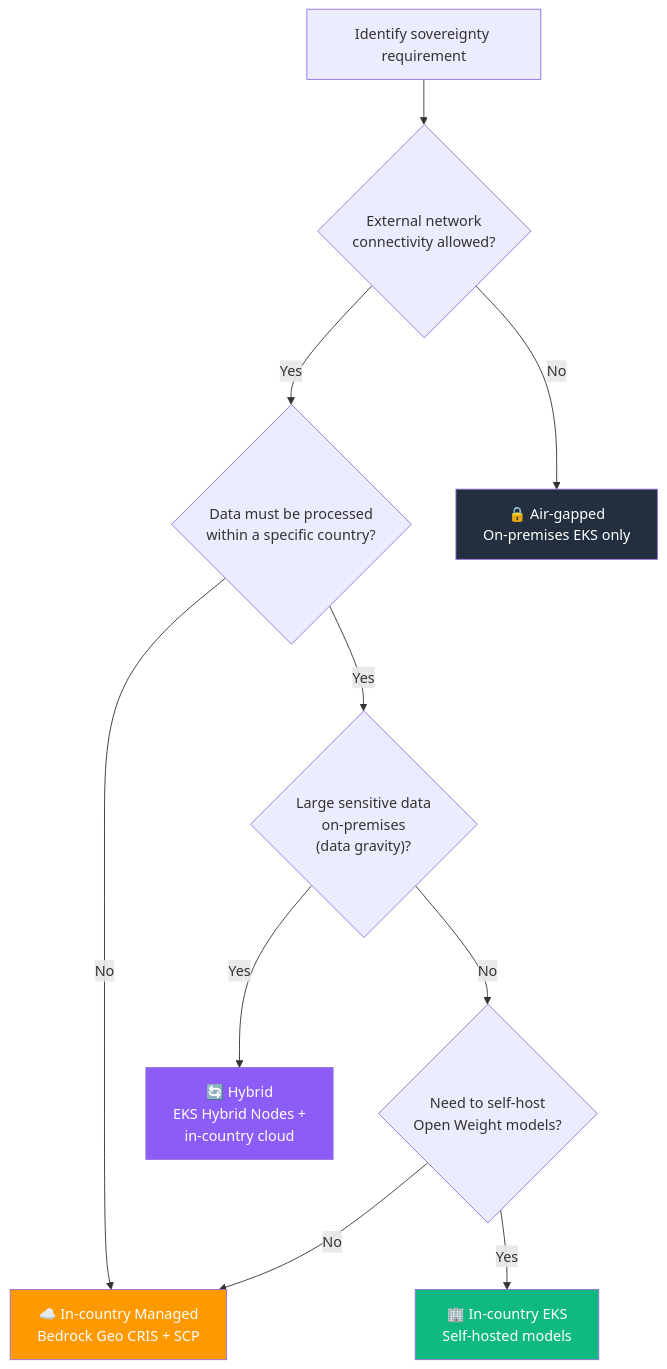
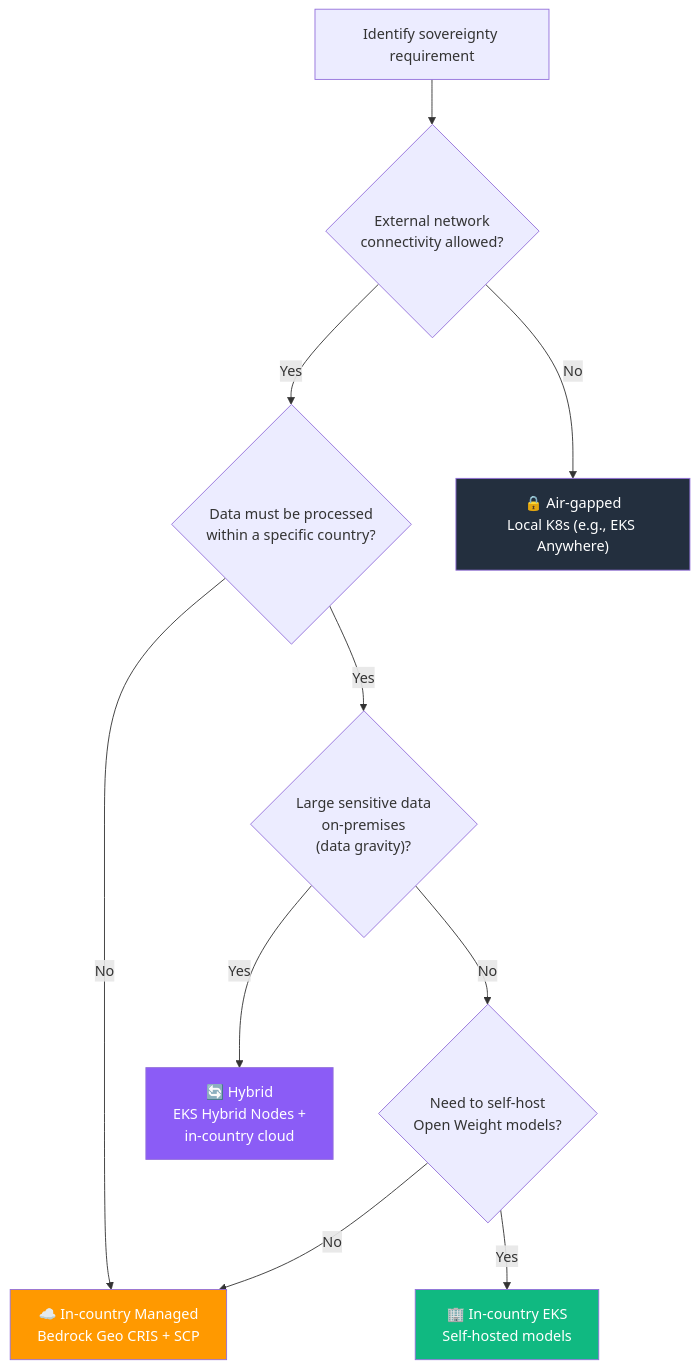
Before and after one commit to devfloor9/engineering-playbook: the second of 4 diagrams in docs/agentic-ai-platform/design-architecture/platform-selection/sovereign-hybrid-deployment.md, drawn with Mermaid. The commit also changed other lines of this file and 39 other files, not shown here.

````diff
--- a/docs/agentic-ai-platform/design-architecture/platform-selection/sovereign-hybrid-deployment.md
+++ b/docs/agentic-ai-platform/design-architecture/platform-selection/sovereign-hybrid-deployment.md
@@ -75,29 +81,29 @@
 ```mermaid
 flowchart TD
     START["Identify sovereignty requirement"]
 
     Q1{"External network<br/>connectivity allowed?"}
     Q2{"Data must be processed<br/>within a specific country?"}
     Q3{"Large sensitive data<br/>on-premises<br/>(data gravity)?"}
     Q4{"Need to self-host<br/>Open Weight models?"}
 
-    AIRGAP["🔒 Air-gapped<br/>On-premises EKS only"]
+    AIRGAP["🔒 Air-gapped<br/>Local K8s (e.g., EKS Anywhere)"]
     HYBRID["🔄 Hybrid<br/>EKS Hybrid Nodes +<br/>in-country cloud"]
     INCOUNTRY_EKS["🏢 In-country EKS<br/>Self-hosted models"]
     INCOUNTRY_MANAGED["☁️ In-country Managed<br/>Bedrock Geo CRIS + SCP"]
 
     START --> Q1
     Q1 -->|"No"| AIRGAP
     Q1 -->|"Yes"| Q2
     Q2 -->|"No"| INCOUNTRY_MANAGED
     Q2 -->|"Yes"| Q3
     Q3 -->|"Yes"| HYBRID
     Q3 -->|"No"| Q4
     Q4 -->|"Yes"| INCOUNTRY_EKS
     Q4 -->|"No"| INCOUNTRY_MANAGED
 
     style AIRGAP fill:#232f3e,color:#fff
     style HYBRID fill:#8b5cf6,color:#fff
     style INCOUNTRY_EKS fill:#10b981,color:#fff
     style INCOUNTRY_MANAGED fill:#ff9900,color:#fff
 ```
````
